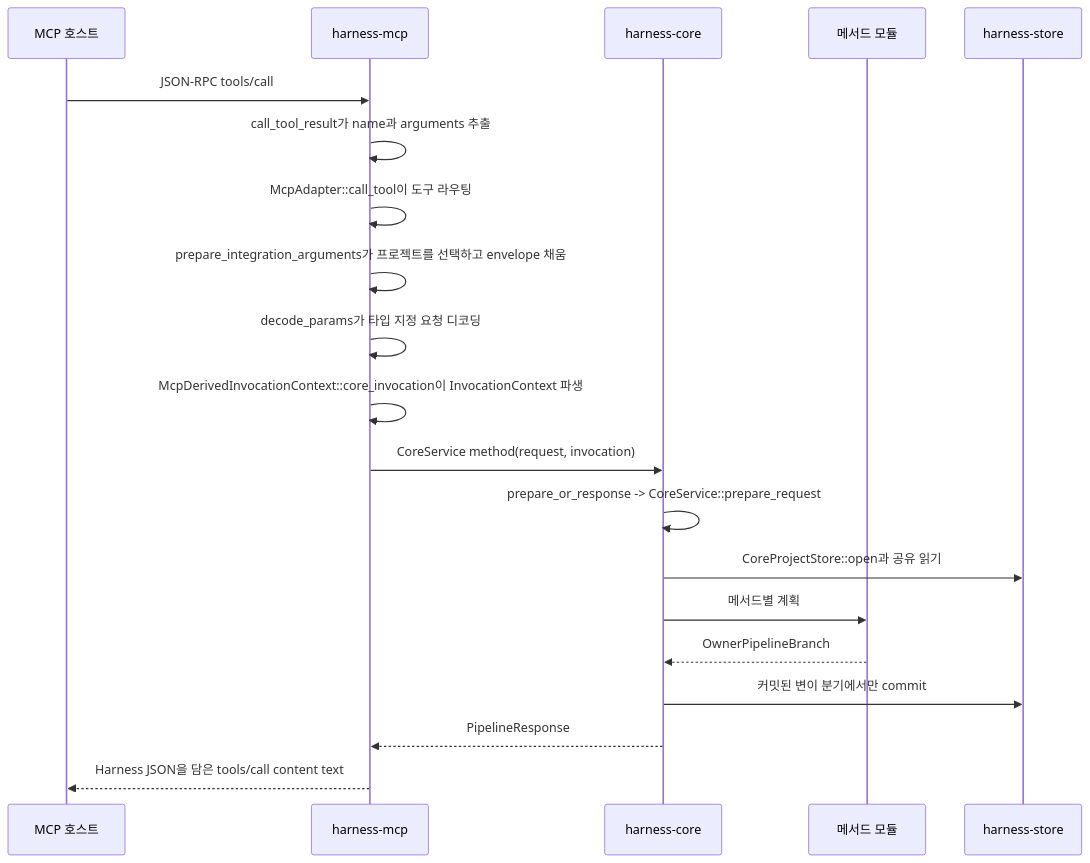
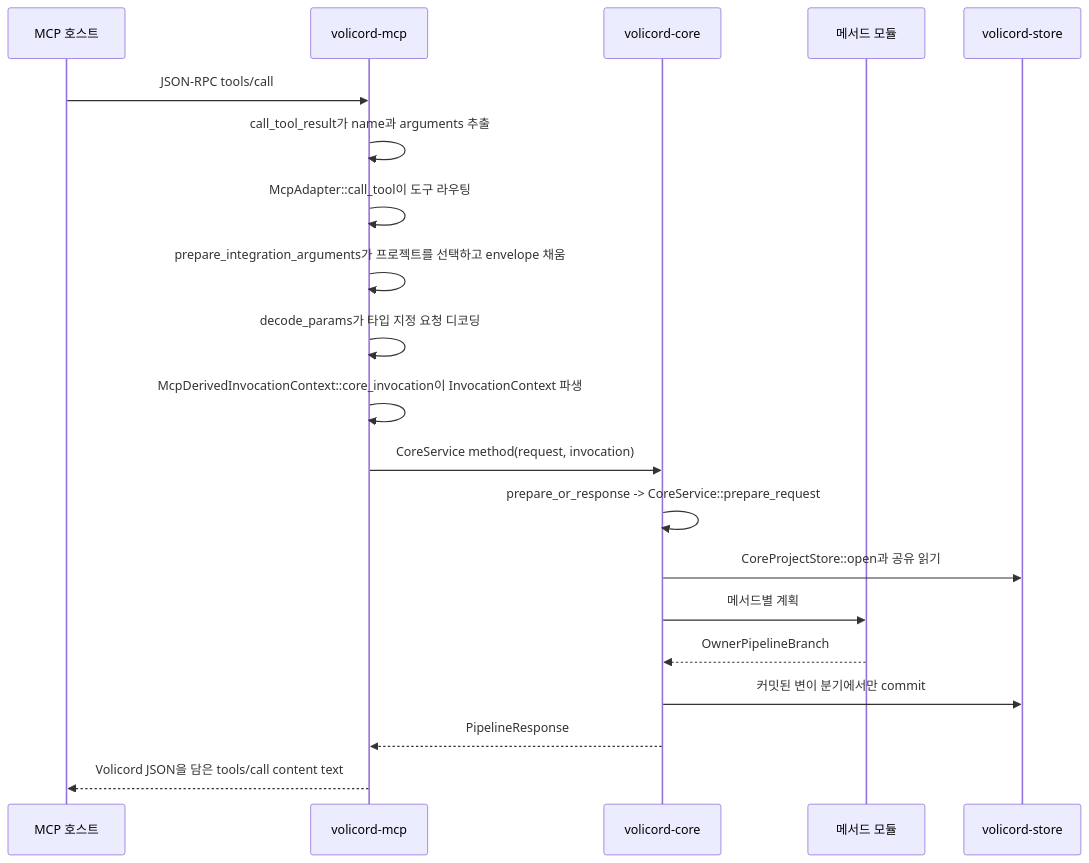
Before and after one commit to minjungw00/Harness_Project: the diagram in docs/ko/development/request-lifecycle.md, drawn with Mermaid. The commit also changed other lines of this file and 59 other files, not shown here.

````diff
--- a/docs/ko/development/request-lifecycle.md
+++ b/docs/ko/development/request-lifecycle.md
@@ -16,23 +16,23 @@
 ```mermaid
 sequenceDiagram
   participant Host as MCP 호스트
-  participant MCP as harness-mcp
-  participant Core as harness-core
+  participant MCP as volicord-mcp
+  participant Core as volicord-core
   participant Method as 메서드 모듈
-  participant Store as harness-store
+  participant Store as volicord-store
 
   Host->>MCP: JSON-RPC tools/call
   MCP->>MCP: call_tool_result가 name과 arguments 추출
   MCP->>MCP: McpAdapter::call_tool이 도구 라우팅
   MCP->>MCP: prepare_integration_arguments가 프로젝트를 선택하고 envelope 채움
   MCP->>MCP: decode_params가 타입 지정 요청 디코딩
   MCP->>MCP: McpDerivedInvocationContext::core_invocation이 InvocationContext 파생
   MCP->>Core: CoreService method(request, invocation)
   Core->>Core: prepare_or_response -> CoreService::prepare_request
   Core->>Store: CoreProjectStore::open과 공유 읽기
   Core->>Method: 메서드별 계획
   Method-->>Core: OwnerPipelineBranch
   Core->>Store: 커밋된 변이 분기에서만 commit
   Core-->>MCP: PipelineResponse
-  MCP-->>Host: Harness JSON을 담은 tools/call content text
+  MCP-->>Host: Volicord JSON을 담은 tools/call content text
 ```
````
